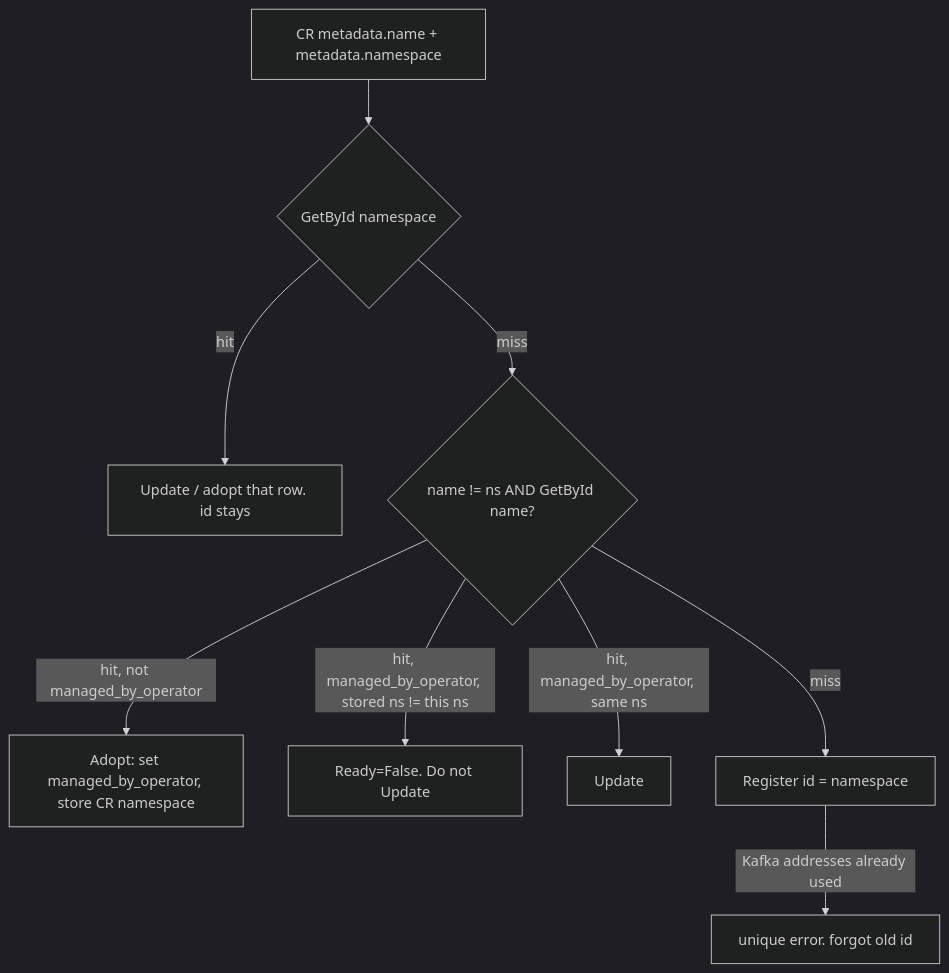
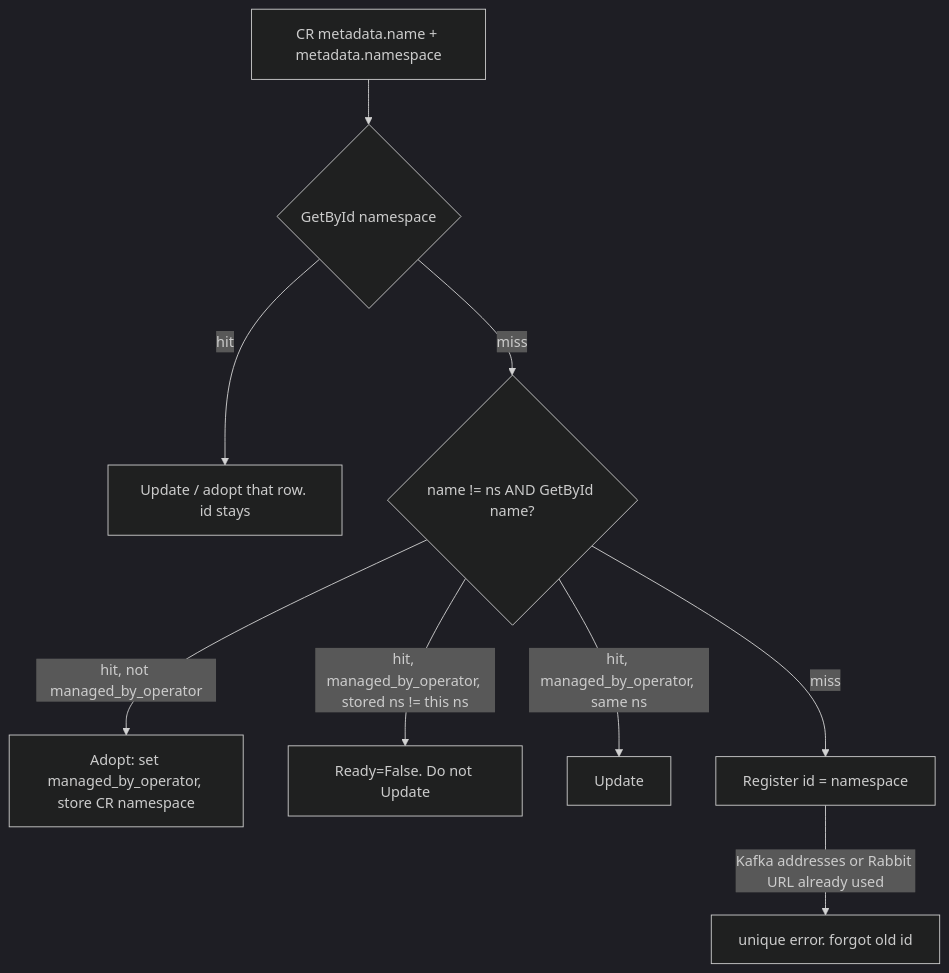
The ninth of 14 diagrams in docs/operator_design.md (Netcracker/qubership-maas), drawn with Mermaid (dark theme) before and after one commit. The commit also changed other lines of this file and 6 other files, not shown here.

````diff
--- a/docs/operator_design.md
+++ b/docs/operator_design.md
@@ -1179,12 +1195,12 @@
 ```mermaid
 flowchart TD
   cr["CR metadata.name + metadata.namespace"]
   cr --> byNs{"GetById namespace"}
   byNs -->|hit| sameNs["Update / adopt that row. id stays"]
   byNs -->|miss| byName{"name != ns AND GetById name?"}
   byName -->|hit, not managed_by_operator| migr["Adopt: set managed_by_operator, store CR namespace"]
   byName -->|"hit, managed_by_operator, stored ns != this ns"| deny["Ready=False. Do not Update"]
   byName -->|"hit, managed_by_operator, same ns"| upd["Update"]
   byName -->|miss| reg["Register id = namespace"]
-  reg -->|Kafka addresses already used| uniq["unique error. forgot old id"]
+  reg -->|Kafka addresses or Rabbit URL already used| uniq["unique error. forgot old id"]
 ```
````
